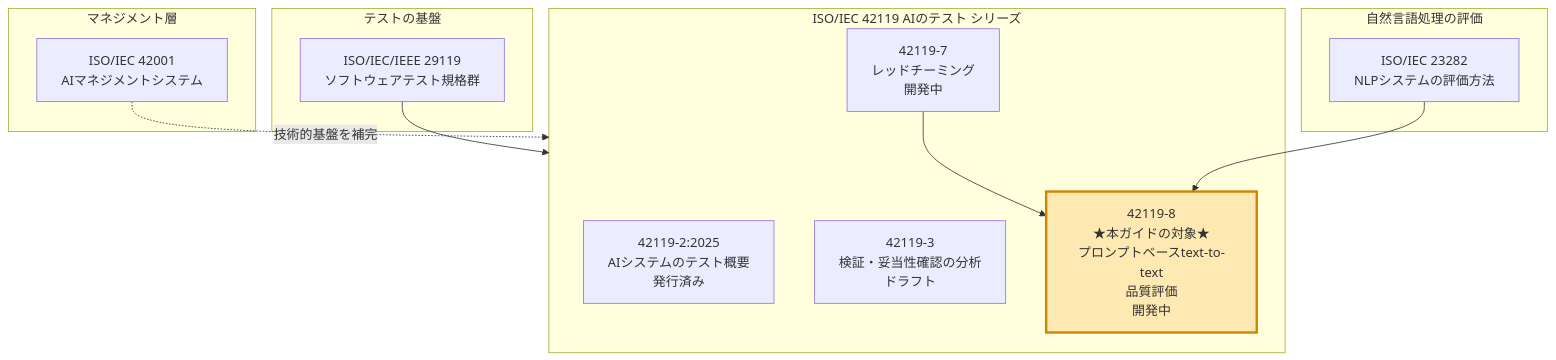
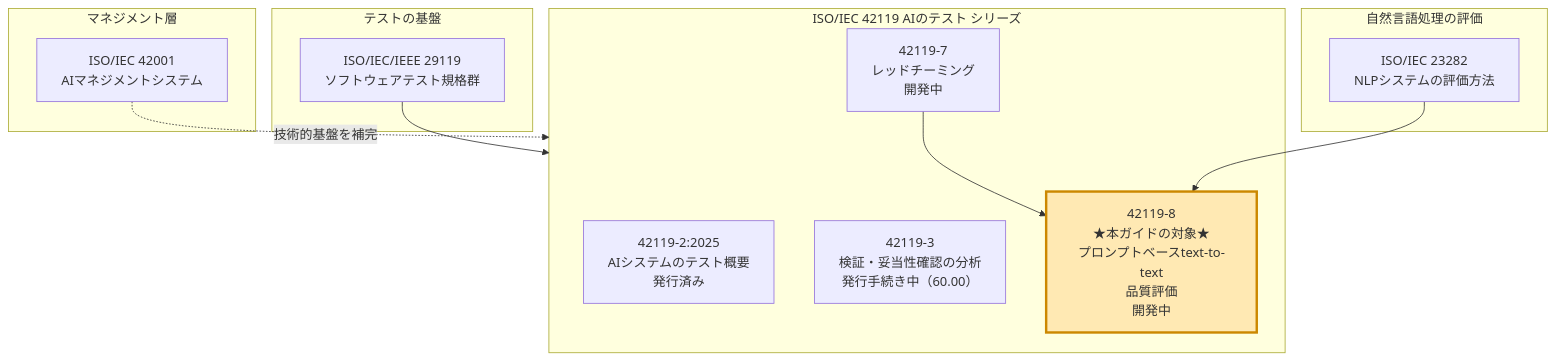
One commit to myoshi2891/Quality-Assurance-Studies changed the second of 8 diagrams in Iso-iec-awi-ts-42119-8-guide.md. Above: the diagram before and after it, drawn with Mermaid. The commit also changed other lines of this file, not shown here.

Commit message:
docs(iso-42119-8): update Part 3 status and clarify PyRIT v1 architecture components

````diff
--- a/Iso-iec-awi-ts-42119-8-guide.md
+++ b/Iso-iec-awi-ts-42119-8-guide.md
@@ -126,28 +126,28 @@
 ```mermaid
 flowchart TB
     subgraph MGMT["マネジメント層"]
         M1["ISO/IEC 42001<br/>AIマネジメントシステム"]
     end
 
     subgraph BASE["テストの基盤"]
         B1["ISO/IEC/IEEE 29119<br/>ソフトウェアテスト規格群"]
     end
 
     subgraph T42119["ISO/IEC 42119 AIのテスト シリーズ"]
         P2["42119-2:2025<br/>AIシステムのテスト概要<br/>発行済み"]
-        P3["42119-3<br/>検証・妥当性確認の分析<br/>ドラフト"]
+        P3["42119-3<br/>検証・妥当性確認の分析<br/>発行手続き中（60.00）"]
         P7["42119-7<br/>レッドチーミング<br/>開発中"]
         P8["42119-8<br/>★本ガイドの対象★<br/>プロンプトベースtext-to-text<br/>品質評価<br/>開発中"]
     end
 
     subgraph NLP["自然言語処理の評価"]
         N1["ISO/IEC 23282<br/>NLPシステムの評価方法"]
     end
 
     M1 -. "技術的基盤を補完" .-> T42119
     B1 --> T42119
     P7 --> P8
     N1 --> P8
 
     style P8 fill:#ffe9b3,stroke:#c80,stroke-width:3px
 ```
````
